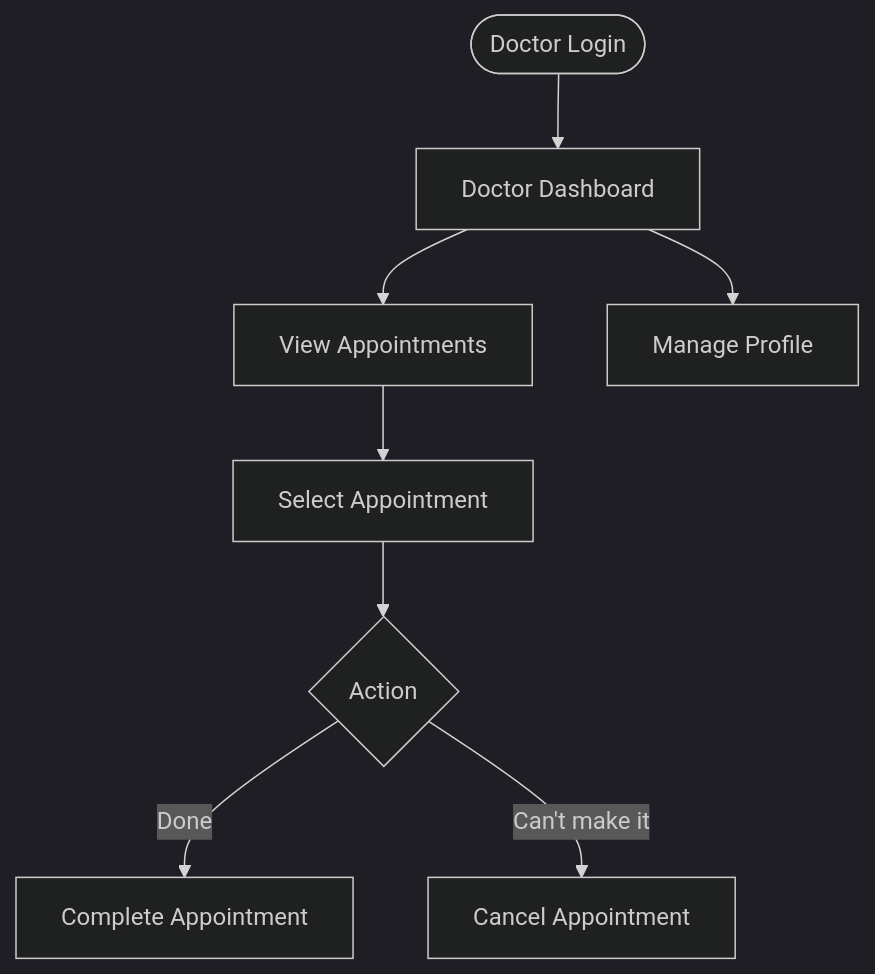
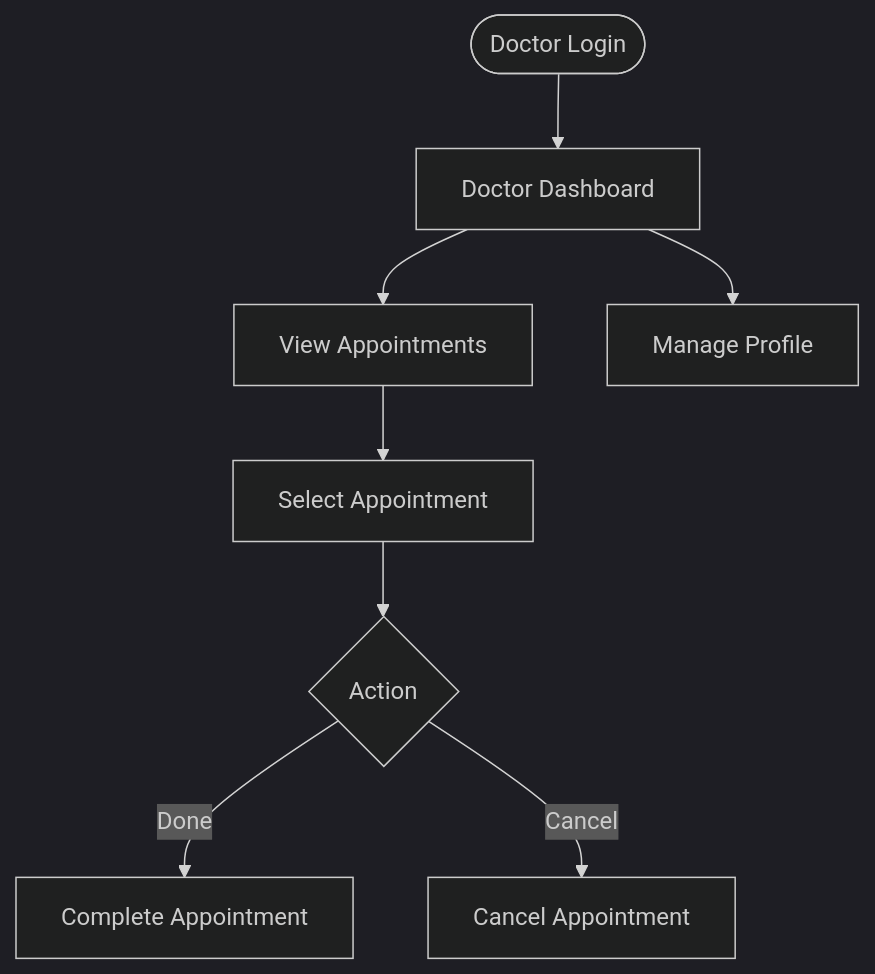
The fifth of 10 diagrams in README.md (aryankk073/Prescripto), drawn with Mermaid (dark theme) before and after one commit. The commit also changed other lines of this file and 1 other file, not shown here.

````diff
--- a/README.md
+++ b/README.md
@@ -258,10 +219,12 @@
 ```mermaid
 flowchart TD
     A([Doctor Login]) --> B[Doctor Dashboard]
     B --> C[View Appointments]
     C --> D[Select Appointment]
     D --> E{Action}
+
     E -->|Done| F[Complete Appointment]
-    E -->|Can't make it| G[Cancel Appointment]
+    E -->|Cancel| G[Cancel Appointment]
+
     B --> H[Manage Profile]
 ```
````
